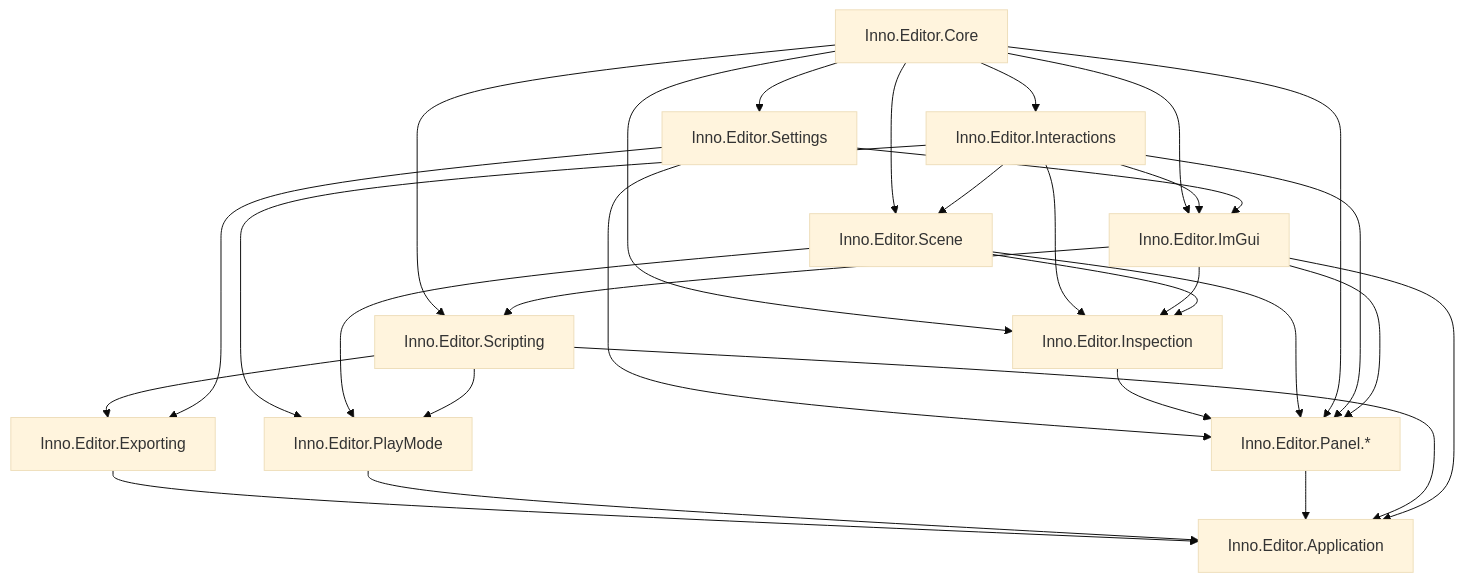
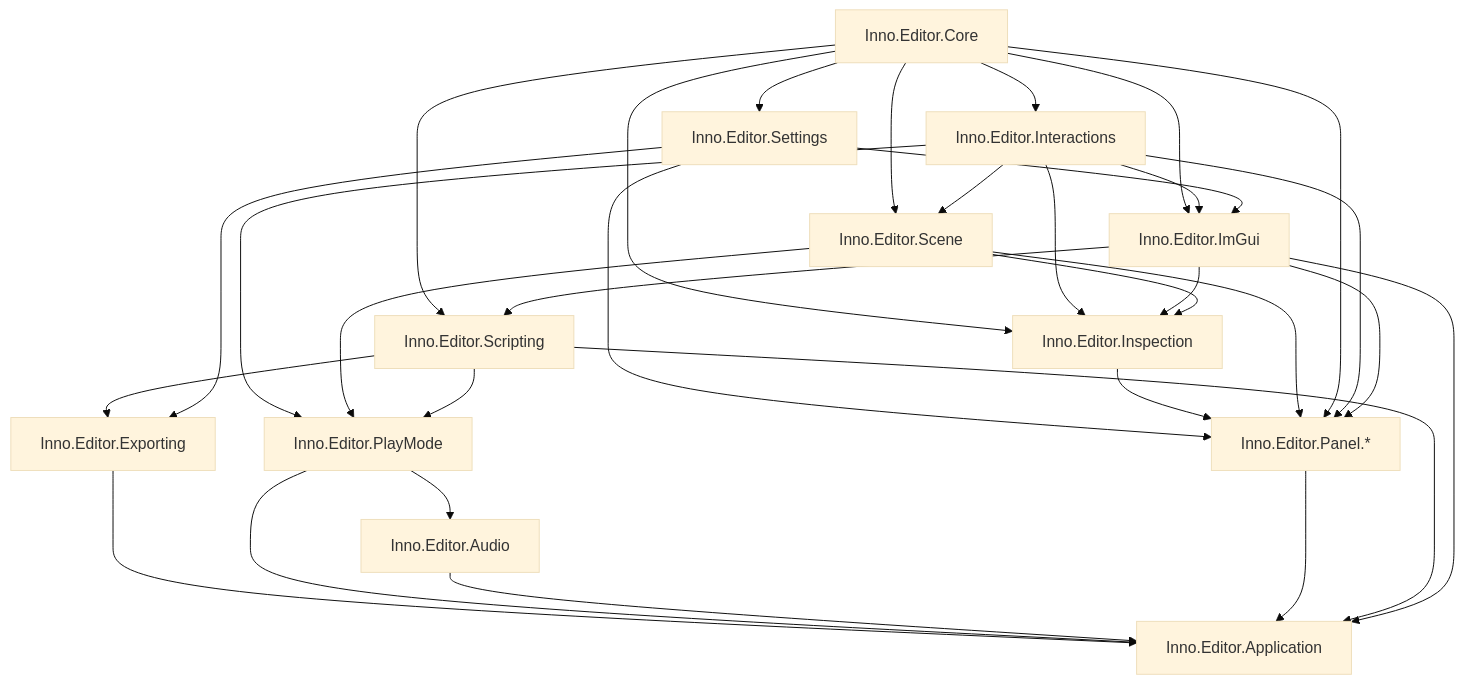
One commit to FLwolfy/InnoEngine changed the diagram in docs/editor/README.md. Above: the diagram before and after it, drawn with Mermaid (base theme). The commit also changed other lines of this file and 92 other files, not shown here.

Commit message:
Add basic Inno.Audio

````diff
--- a/docs/editor/README.md
+++ b/docs/editor/README.md
@@ -36,32 +37,34 @@
 ```mermaid
 flowchart TD
     Core["Inno.Editor.Core"] --> Interactions["Inno.Editor.Interactions"]
     Core --> ImGui["Inno.Editor.ImGui"]
     Interactions --> ImGui
     Interactions --> PlayMode["Inno.Editor.PlayMode"]
+    PlayMode --> Audio["Inno.Editor.Audio"]
     Core --> Inspection["Inno.Editor.Inspection"]
     Interactions --> Inspection
     ImGui --> Inspection
     Core --> Scene["Inno.Editor.Scene"]
     Interactions --> Scene
     Scene --> PlayMode
     Core --> Settings["Inno.Editor.Settings"]
     Settings --> ImGui
     Settings --> Panels
     Scene --> Inspection
     Inspection --> Panels
     Scene --> Panels["Inno.Editor.Panel.*"]
     Core --> Panels
     Interactions --> Panels
     ImGui --> Panels
     Core --> Scripting["Inno.Editor.Scripting"]
     ImGui --> Scripting
     Scripting --> PlayMode
     Scripting --> Exporting["Inno.Editor.Exporting"]
     Settings --> Exporting
     Exporting --> Application
     PlayMode --> Application
+    Audio --> Application
     Panels --> Application["Inno.Editor.Application"]
     Scripting --> Application
     ImGui --> Application
 ```
````
